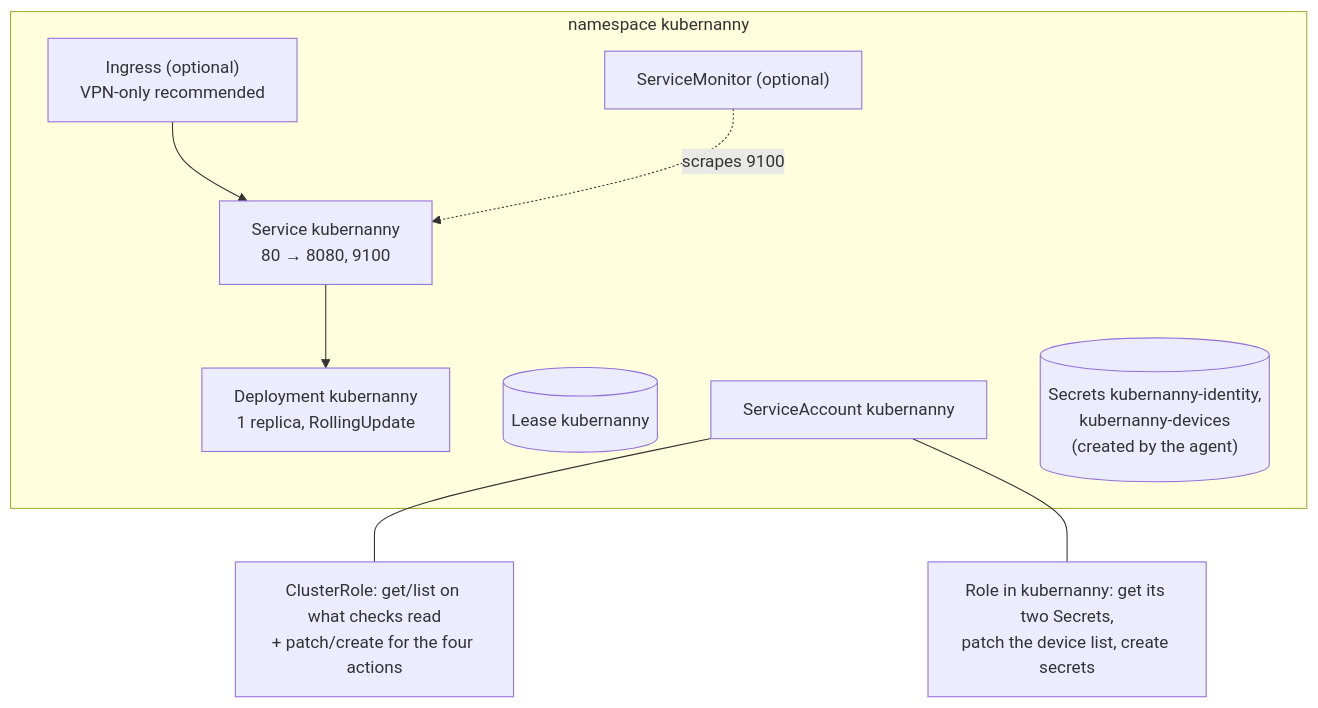
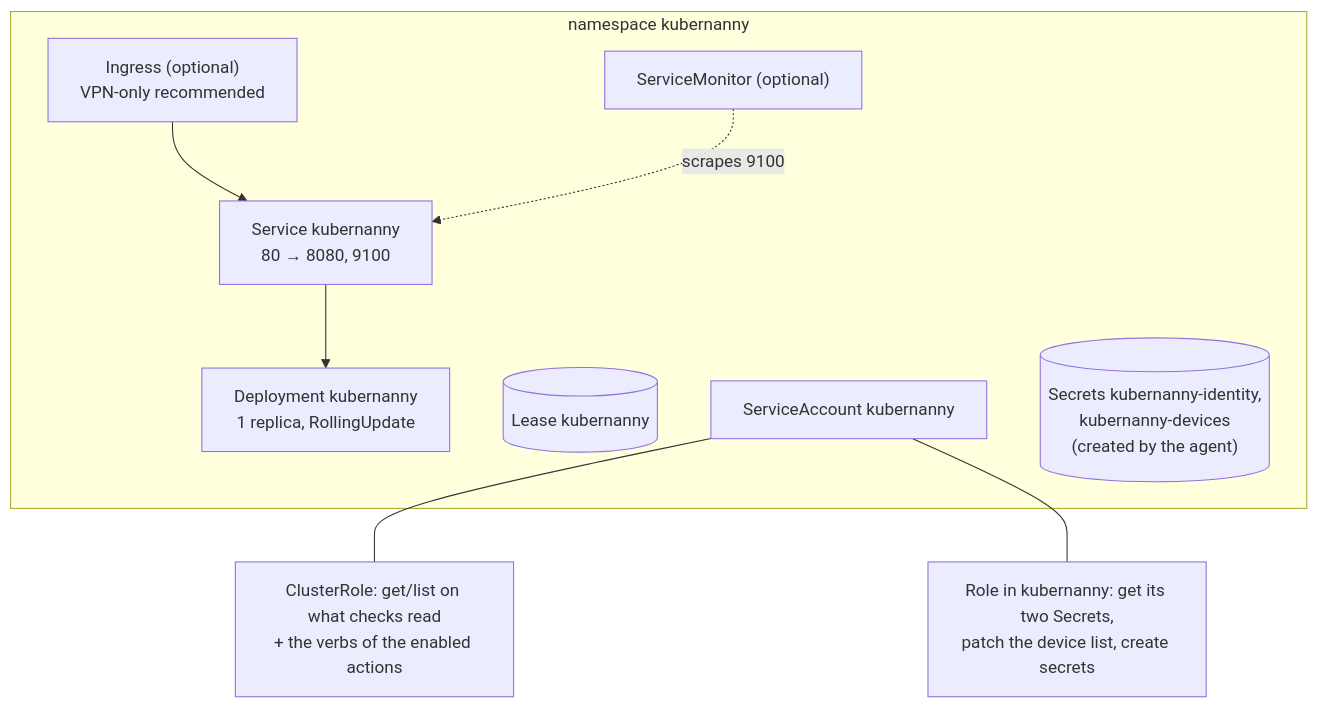
Before and after one commit to kubernanny/kubernanny: the tenth of 11 diagrams in docs/ARCHITECTURE.md, drawn with Mermaid. The commit also changed other lines of this file and 7 other files, not shown here.

````diff
--- a/docs/ARCHITECTURE.md
+++ b/docs/ARCHITECTURE.md
@@ -386,18 +395,18 @@
 ```mermaid
 flowchart TB
   subgraph ns["namespace kubernanny"]
     dep["Deployment kubernanny<br/>1 replica, RollingUpdate"]
     lease[("Lease kubernanny")]
     svc["Service kubernanny<br/>80 → 8080, 9100"]
     sa["ServiceAccount kubernanny"]
     sec[("Secrets kubernanny-identity,<br/>kubernanny-devices<br/>(created by the agent)")]
     ing["Ingress (optional)<br/>VPN-only recommended"]
     sm["ServiceMonitor (optional)"]
   end
-  cr["ClusterRole: get/list on what checks read<br/>+ patch/create for the four actions"]
+  cr["ClusterRole: get/list on what checks read<br/>+ the verbs of the enabled actions"]
   role["Role in kubernanny: get its two Secrets,<br/>patch the device list, create secrets"]
   sa --- cr
   sa --- role
   ing --> svc --> dep
   sm -. scrapes 9100 .-> svc
 ```
````
